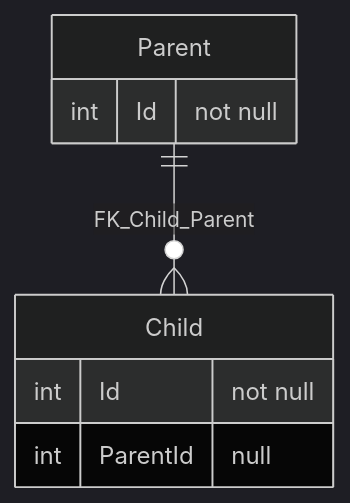
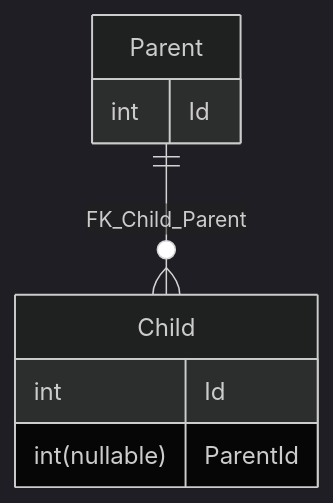
One commit to SimonCropp/DbToMermaid changed the diagram in src/SqlServerToMermaid.Tests/Tests.RenderMarkdownFromScriptWithAlterTable.verified.md. Above: the diagram before and after it, drawn with Mermaid (dark theme). The commit also changed 12 other files, not shown here.

````diff
--- a/src/SqlServerToMermaid.Tests/Tests.RenderMarkdownFromScriptWithAlterTable.verified.md
+++ b/src/SqlServerToMermaid.Tests/Tests.RenderMarkdownFromScriptWithAlterTable.verified.md
@@ -1,11 +1,11 @@
 ```mermaid
 erDiagram
   Child {
-    int Id "not null"
-    int ParentId "null"
+    int Id
+    int(nullable) ParentId
   }
   Parent {
-    int Id "not null"
+    int Id
   }
   Parent ||--o{ Child : "FK_Child_Parent"
 ```
````
